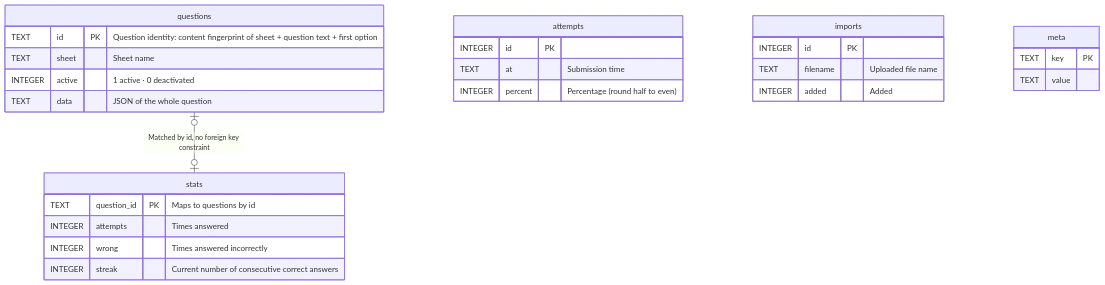
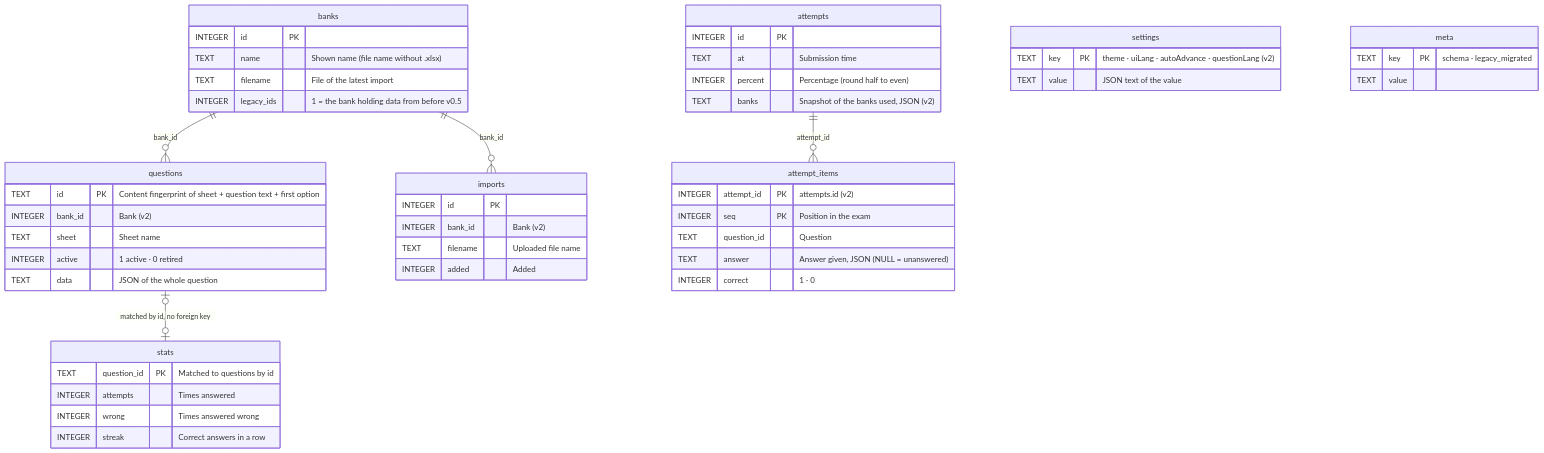
One commit to Yumin-Space/xexam changed the fifth of 7 diagrams in README.md. Above: the diagram before and after it, drawn with Mermaid. The commit also changed other lines of this file and 205 other files, not shown here.

````diff
--- a/README.md
+++ b/README.md
@@ -186,30 +696,53 @@
 ```mermaid
 erDiagram
+    banks {
+        INTEGER id PK
+        TEXT name "Shown name (file name without .xlsx)"
+        TEXT filename "File of the latest import"
+        INTEGER legacy_ids "1 = the bank holding data from before v0.5"
+    }
     questions {
-        TEXT id PK "Question identity: content fingerprint of sheet + question text + first option"
+        TEXT id PK "Content fingerprint of sheet + question text + first option"
+        INTEGER bank_id "Bank (v2)"
         TEXT sheet "Sheet name"
-        INTEGER active "1 active · 0 deactivated"
+        INTEGER active "1 active · 0 retired"
         TEXT data "JSON of the whole question"
     }
     stats {
-        TEXT question_id PK "Maps to questions by id"
+        TEXT question_id PK "Matched to questions by id"
         INTEGER attempts "Times answered"
-        INTEGER wrong "Times answered incorrectly"
-        INTEGER streak "Current number of consecutive correct answers"
+        INTEGER wrong "Times answered wrong"
+        INTEGER streak "Correct answers in a row"
     }
     attempts {
         INTEGER id PK
         TEXT at "Submission time"
         INTEGER percent "Percentage (round half to even)"
+        TEXT banks "Snapshot of the banks used, JSON (v2)"
+    }
+    attempt_items {
+        INTEGER attempt_id PK "attempts.id (v2)"
+        INTEGER seq PK "Position in the exam"
+        TEXT question_id "Question"
+        TEXT answer "Answer given, JSON (NULL = unanswered)"
+        INTEGER correct "1 · 0"
     }
     imports {
         INTEGER id PK
+        INTEGER bank_id "Bank (v2)"
         TEXT filename "Uploaded file name"
         INTEGER added "Added"
     }
+    settings {
+        TEXT key PK "theme · uiLang · autoAdvance · questionLang (v2)"
+        TEXT value "JSON text of the value"
+    }
     meta {
-        TEXT key PK
+        TEXT key PK "schema · legacy_migrated"
         TEXT value
     }
-    questions |o--o| stats : "Matched by id, no foreign key constraint"
+    banks ||--o{ questions : "bank_id"
+    banks ||--o{ imports : "bank_id"
+    attempts ||--o{ attempt_items : "attempt_id"
+    questions |o--o| stats : "matched by id, no foreign key"
 ```
````
